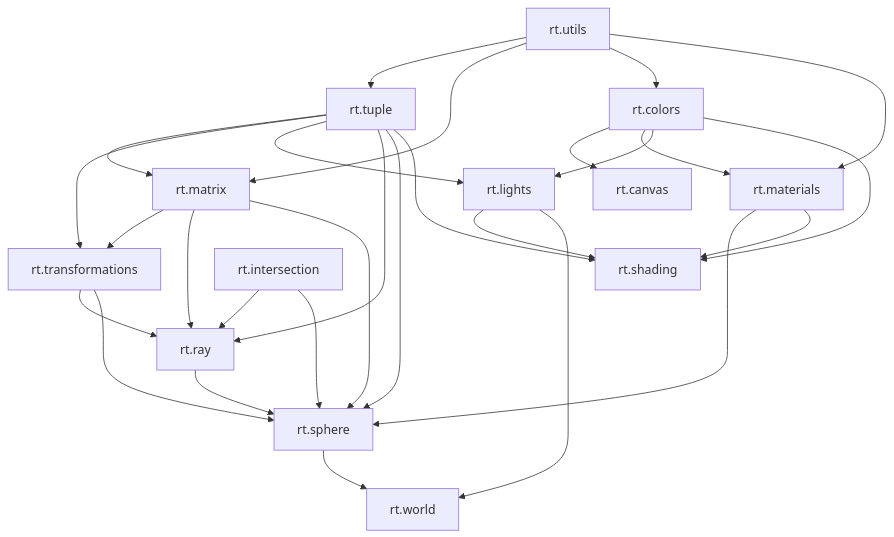
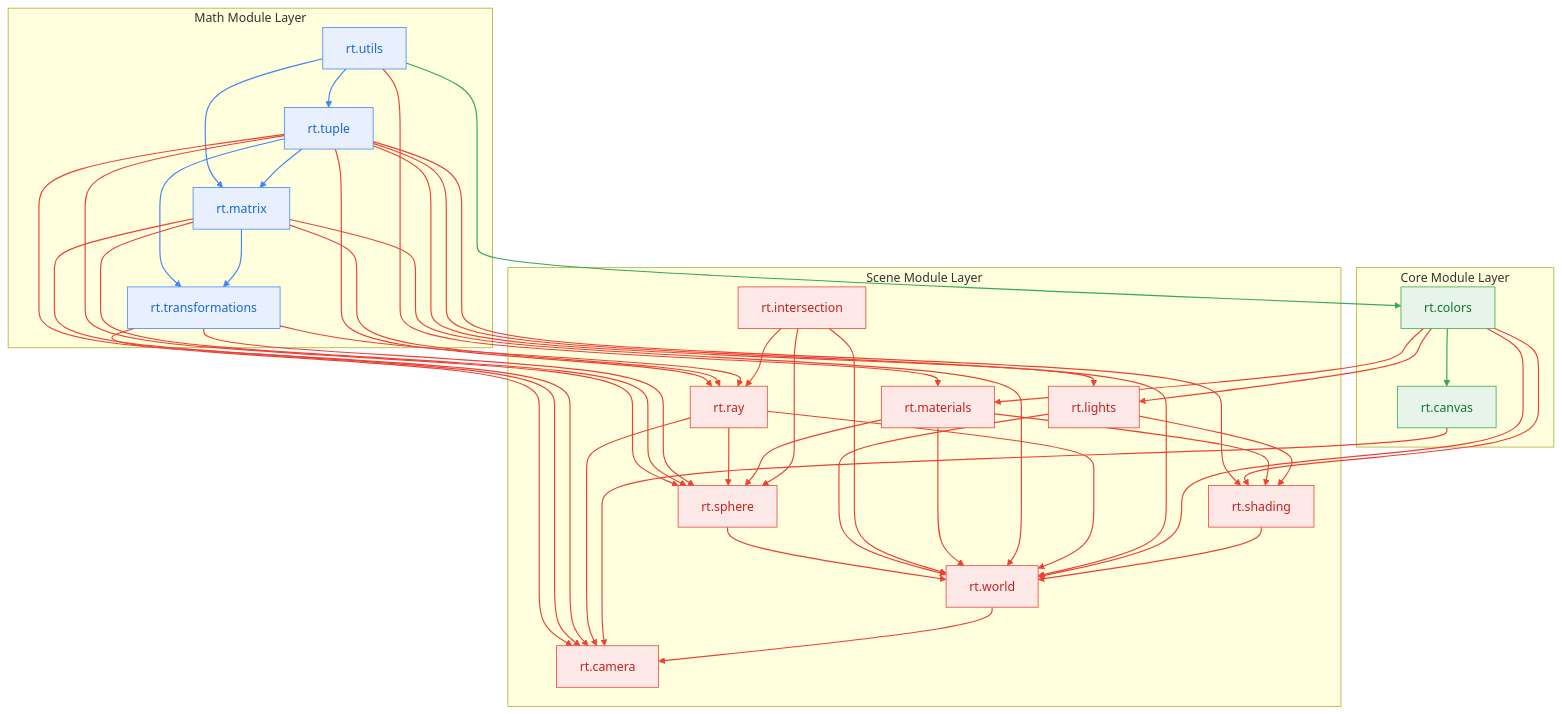
The diagram in documentation/references/C++Architecture.md (alessandrogpz/ray-tracer), drawn with Mermaid before and after one commit. The commit also changed other lines of this file, not shown here.

Commit message:
Color code dependency arrows in C++ Module Architecture Mermaid graph

````diff
--- a/documentation/references/C++Architecture.md
+++ b/documentation/references/C++Architecture.md
@@ -31,38 +34,92 @@
 ```mermaid
-graph TD
-    Utils[rt.utils] --> Tuple[rt.tuple]
-    Utils --> Matrix[rt.matrix]
-    Utils --> Colors[rt.colors]
-    Utils --> Materials[rt.materials]
-    
-    Colors --> Canvas[rt.canvas]
+graph TB
+    %% Layers / Subgraphs
+    subgraph Math [Math Module Layer]
+        Utils[rt.utils]
+        Tuple[rt.tuple]
+        Matrix[rt.matrix]
+        Transformations[rt.transformations]
+    end
+
+    subgraph Core [Core Module Layer]
+        Colors[rt.colors]
+        Canvas[rt.canvas]
+    end
+
+    subgraph Scene [Scene Module Layer]
+        Intersection[rt.intersection]
+        Ray[rt.ray]
+        Lights[rt.lights]
+        Materials[rt.materials]
+        Sphere[rt.sphere]
+        Shading[rt.shading]
+        World[rt.world]
+        Camera[rt.camera]
+    end
+
+    %% Math Layer Dependencies
+    Utils --> Tuple
+    Utils --> Matrix
+    Tuple --> Matrix
+    Tuple --> Transformations
+    Matrix --> Transformations
+
+    %% Core Layer Dependencies
+    Utils --> Colors
+    Colors --> Canvas
+
+    %% Scene Layer Dependencies
+    Tuple --> Lights
+    Colors --> Lights
+
     Colors --> Materials
-    Colors --> Lights[rt.lights]
-    Colors --> Shading[rt.shading]
-    
-    Tuple --> Matrix
-    Tuple --> Transformations[rt.transformations]
-    Tuple --> Lights
-    Tuple --> Ray[rt.ray]
-    Tuple --> Sphere[rt.sphere]
+    Utils --> Materials
+
+    Tuple --> Ray
+    Matrix --> Ray
+    Transformations --> Ray
+    Intersection --> Ray
+
+    Tuple --> Sphere
+    Matrix --> Sphere
+    Transformations --> Sphere
+    Ray --> Sphere
+    Materials --> Sphere
+    Intersection --> Sphere
+
     Tuple --> Shading
-    
-    Matrix --> Transformations
-    Matrix --> Ray
-    Matrix --> Sphere
-    
-    Transformations --> Ray
-    Transformations --> Sphere
-    
-    Intersection[rt.intersection] --> Ray
-    Intersection --> Sphere
-    
-    Materials --> Sphere
+    Colors --> Shading
     Materials --> Shading
-    
     Lights --> Shading
-    Lights --> World[rt.world]
-    
-    Ray --> Sphere
+
     Sphere --> World
+    Lights --> World
+    Intersection --> World
+    Materials --> World
+    Matrix --> World
+    Ray --> World
+    Tuple --> World
+    Colors --> World
+    Shading --> World
+
+    Tuple --> Camera
+    Matrix --> Camera
+    Transformations --> Camera
+    Ray --> Camera
+    Canvas --> Camera
+    World --> Camera
+
+    %% Styling
+    classDef math fill:#E8F0FE,stroke:#4285F4,stroke-width:1px,color:#1967D2;
+    classDef core fill:#E6F4EA,stroke:#34A853,stroke-width:1px,color:#137333;
+    classDef scene fill:#FCE8E6,stroke:#EA4335,stroke-width:1px,color:#C5221F;
+
+    class Utils,Tuple,Matrix,Transformations math;
+    class Colors,Canvas core;
+    class Intersection,Ray,Lights,Materials,Sphere,Shading,World,Camera scene;
+
+    %% Link Styling (matching target module colors)
+    linkStyle 0,1,2,3,4 stroke:#4285F4,stroke-width:1.5px;
+    linkStyle 5,6 stroke:#34A853,stroke-width:1.5px;
+    linkStyle 7,8,9,10,11,12,13,14,15,16,17,18,19,20,21,22,23,24,25,26,27,28,29,30,31,32,33,34,35,36,37,38,39 stroke:#EA4335,stroke-width:1.5px;
 ```
````
